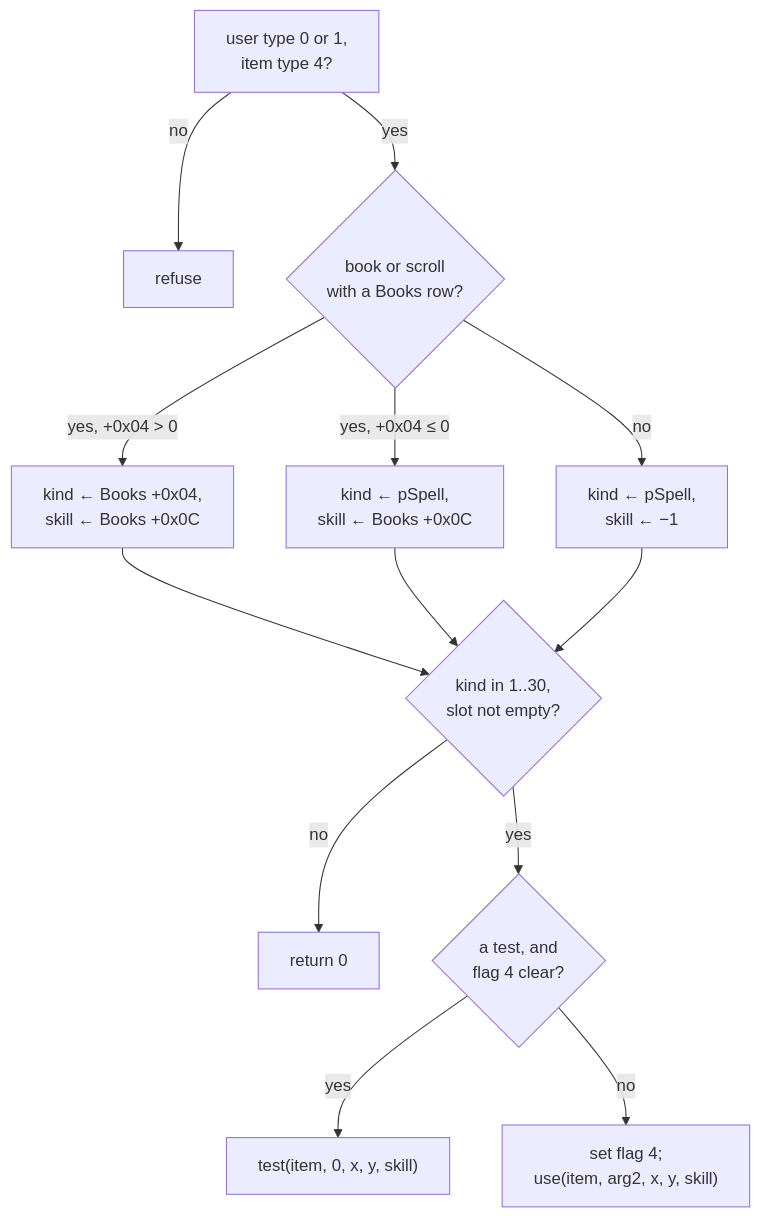
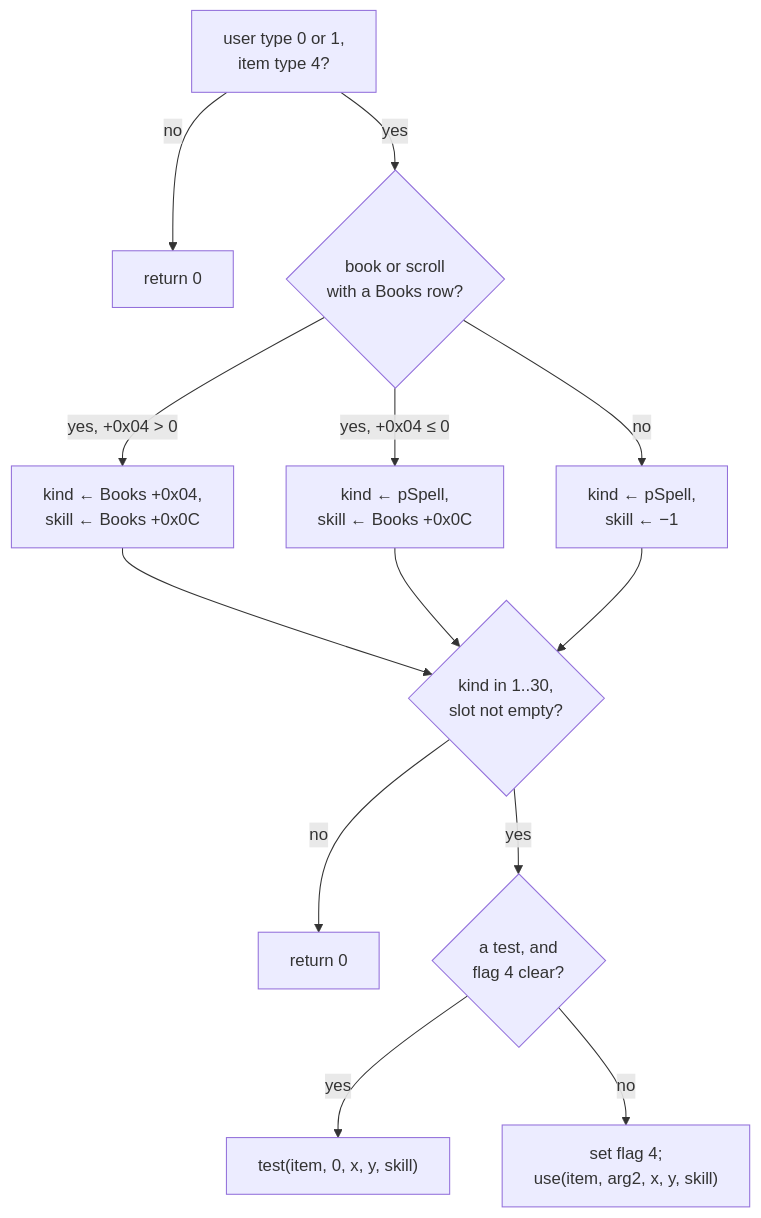
The third of 5 diagrams in docs/specs/items/use.md (IgorKonovalov/diablo-2-recompilation), drawn with Mermaid before and after one commit. The commit also changed other lines of this file and 14 other files, not shown here.

````diff
--- a/docs/specs/items/use.md
+++ b/docs/specs/items/use.md
@@ -168,15 +168,15 @@
 ```mermaid
 flowchart TD
-  a["user type 0 or 1,<br/>item type 4?"] -->|no| ref["refuse"]
+  a["user type 0 or 1,<br/>item type 4?"] -->|no| ref["return 0"]
   a -->|yes| b{"book or scroll<br/>with a Books row?"}
   b -->|"yes, +0x04 > 0"| k1["kind ← Books +0x04,<br/>skill ← Books +0x0C"]
   b -->|"yes, +0x04 ≤ 0"| k2["kind ← pSpell,<br/>skill ← Books +0x0C"]
   b -->|no| k3["kind ← pSpell,<br/>skill ← −1"]
   k1 --> c{"kind in 1..30,<br/>slot not empty?"}
   k2 --> c
   k3 --> c
   c -->|no| r0["return 0"]
   c -->|yes| d{"a test, and<br/>flag 4 clear?"}
   d -->|yes| t["test(item, 0, x, y, skill)"]
   d -->|no| u["set flag 4;<br/>use(item, arg2, x, y, skill)"]
 ```
````
